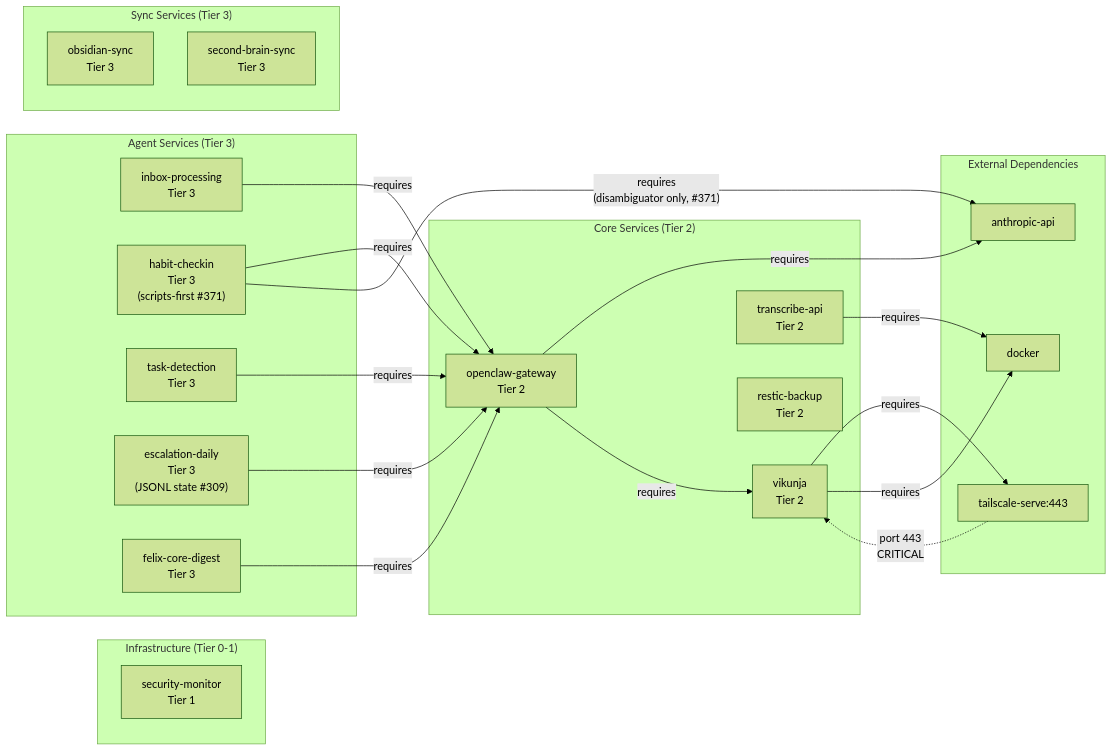
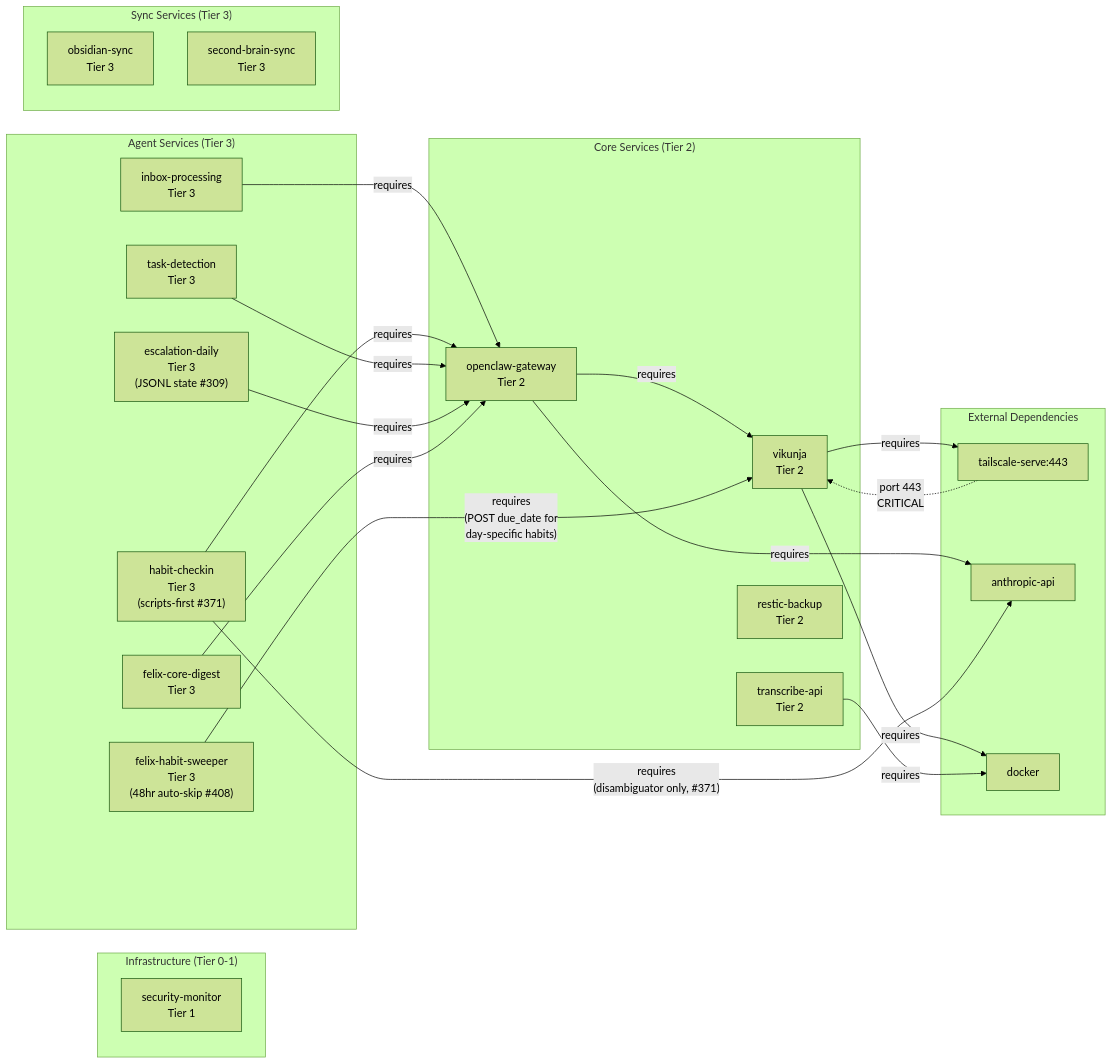
One commit to kentonium3/kg-automation changed the diagram in docs/design/architecture/service-dependencies.view.md. Above: the diagram before and after it, drawn with Mermaid (forest theme). The commit also changed other lines of this file and 25 other files, not shown here.

Commit message:
feat(kitty/mission-habit-day-specific-scheduling-01KT48Y6): squash merge of mission

````diff
--- a/docs/design/architecture/service-dependencies.view.md
+++ b/docs/design/architecture/service-dependencies.view.md
@@ -32,48 +32,50 @@
 ```mermaid
 graph LR
     subgraph Infrastructure["Infrastructure (Tier 0-1)"]
         security-monitor["security-monitor<br/>Tier 1"]
     end
 
     subgraph Core["Core Services (Tier 2)"]
         vikunja["vikunja<br/>Tier 2"]
         openclaw["openclaw-gateway<br/>Tier 2"]
         transcribe["transcribe-api<br/>Tier 2"]
         restic["restic-backup<br/>Tier 2"]
     end
 
     subgraph Agents["Agent Services (Tier 3)"]
         inbox["inbox-processing<br/>Tier 3"]
         habits["habit-checkin<br/>Tier 3<br/>(scripts-first #371)"]
+        habitsweeper["felix-habit-sweeper<br/>Tier 3<br/>(48hr auto-skip #408)"]
         taskdet["task-detection<br/>Tier 3"]
         escalation["escalation-daily<br/>Tier 3<br/>(JSONL state #309)"]
         digest["felix-core-digest<br/>Tier 3"]
     end
 
     subgraph Sync["Sync Services (Tier 3)"]
         obsidian["obsidian-sync<br/>Tier 3"]
         secondbrain["second-brain-sync<br/>Tier 3"]
     end
 
     subgraph External["External Dependencies"]
         tailscale["tailscale-serve:443"]
         anthropic["anthropic-api"]
         docker["docker"]
     end
 
     vikunja -->|"requires"| tailscale
     vikunja -->|"requires"| docker
     tailscale -.->|"port 443<br/>CRITICAL"| vikunja
 
     openclaw -->|"requires"| anthropic
     openclaw -->|"requires"| vikunja
 
     transcribe -->|"requires"| docker
 
     inbox -->|"requires"| openclaw
     habits -->|"requires"| openclaw
     habits -->|"requires<br/>(disambiguator only, #371)"| anthropic
+    habitsweeper -->|"requires<br/>(POST due_date for<br/>day-specific habits)"| vikunja
     taskdet -->|"requires"| openclaw
     escalation -->|"requires"| openclaw
     digest -->|"requires"| openclaw
 ```
````
